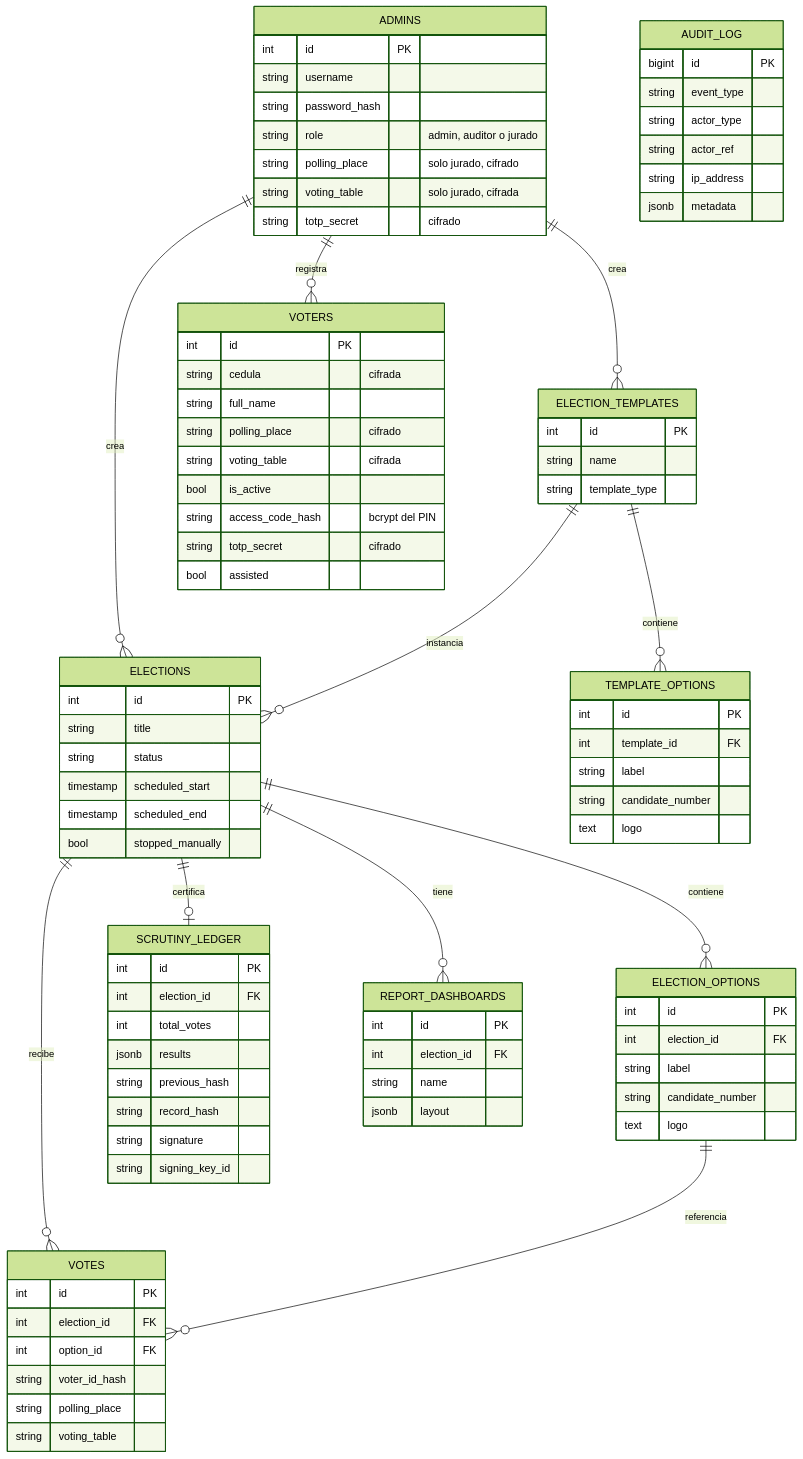
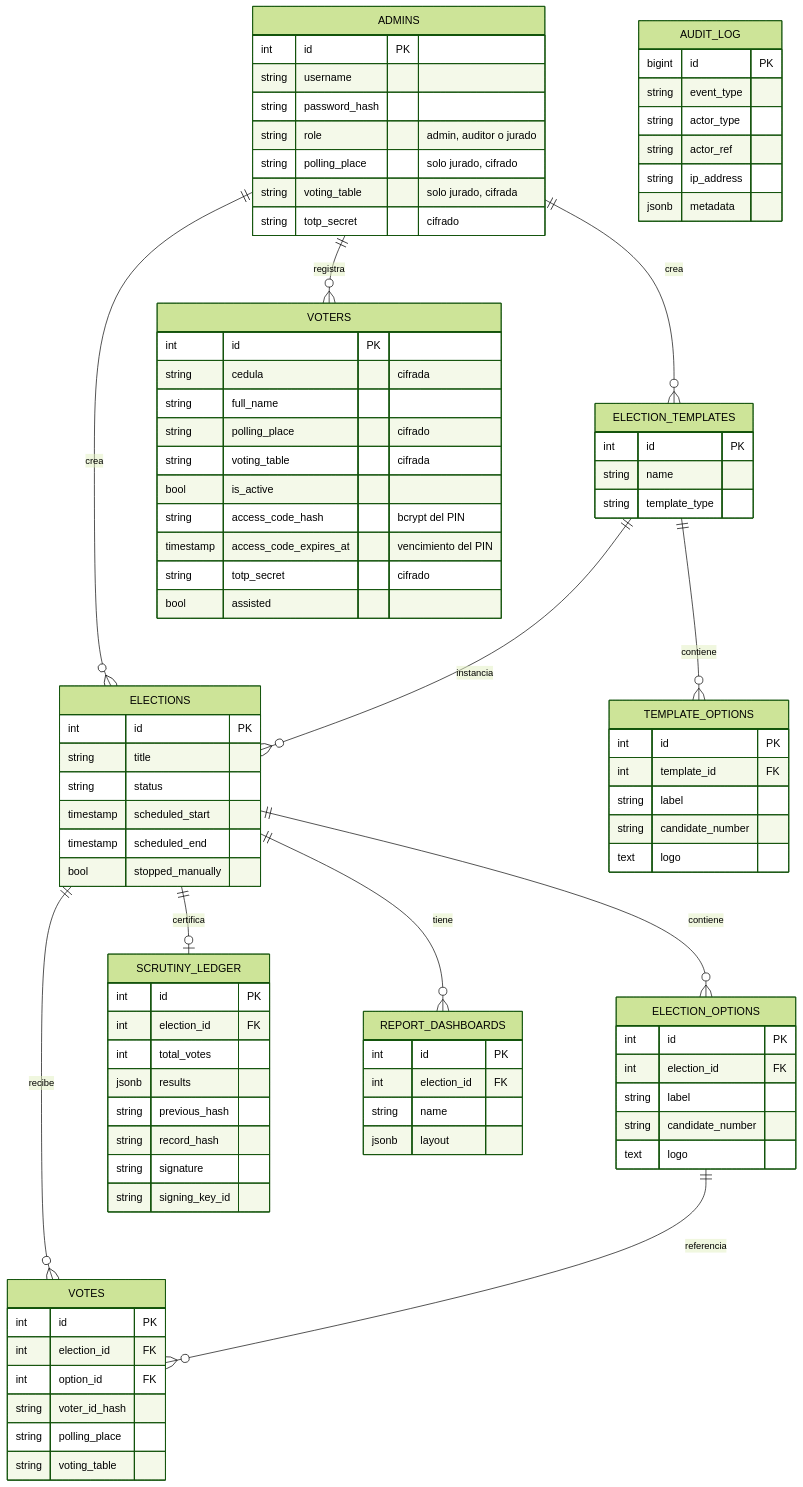
The fifth of 5 diagrams in docs/manual-arquitectura.md (NicolasPineda1421/LiveMetric), drawn with Mermaid (forest theme) before and after one commit. The commit also changed other lines of this file and 30 other files, not shown here.

First line of the commit message:
El PIN del votante vence, y solo sirve durante la votacion

```diff
--- a/docs/manual-arquitectura.md
+++ b/docs/manual-arquitectura.md
@@ -392,6 +395,7 @@
         string voting_table "cifrada"
         bool is_active
         string access_code_hash "bcrypt del PIN"
+        timestamp access_code_expires_at "vencimiento del PIN"
         string totp_secret "cifrado"
         bool assisted
     }
```
